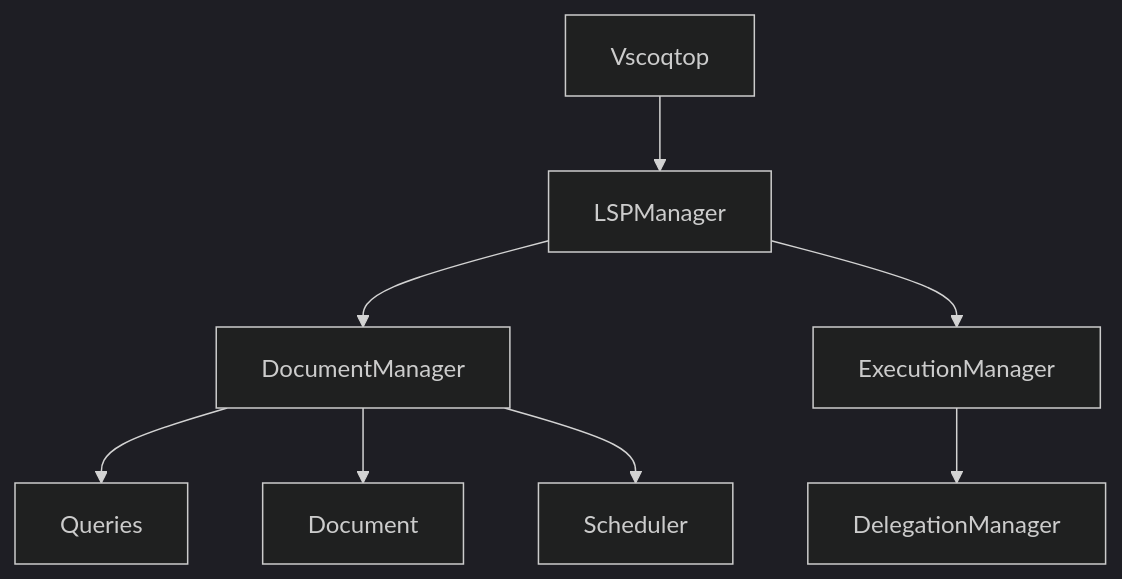
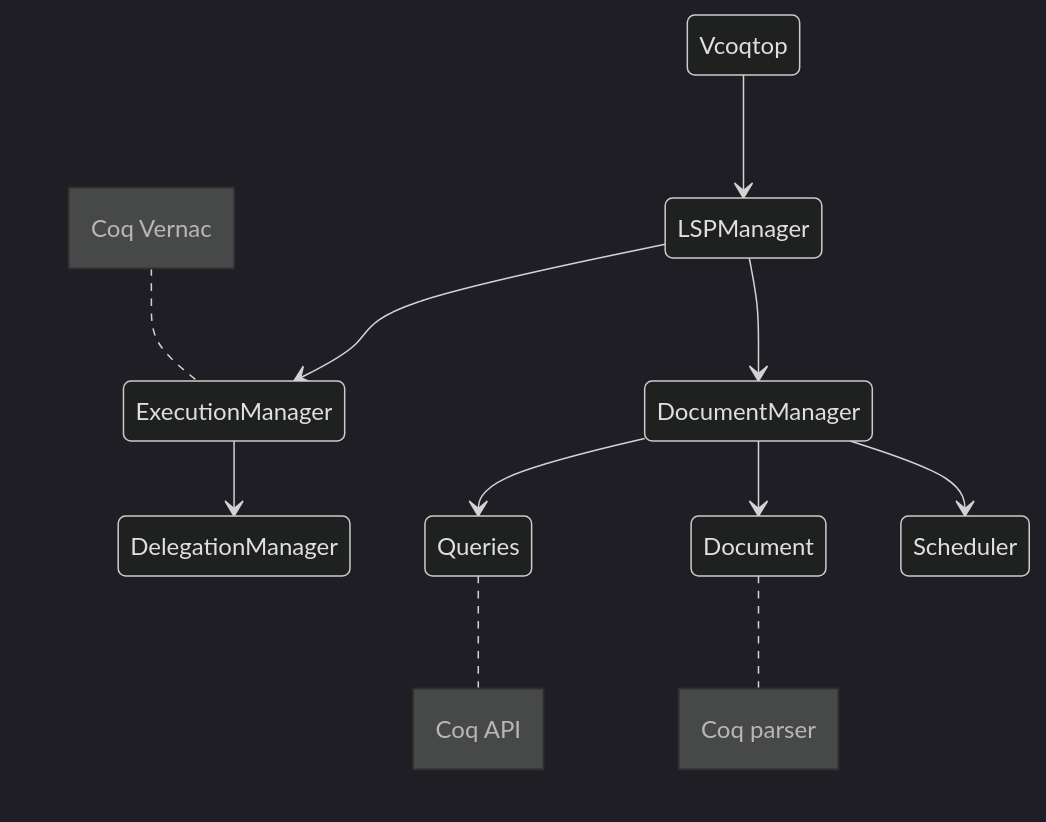
The diagram in docs/developers.md (coq/vscoq), drawn with Mermaid (dark theme) before and after one commit.

Commit message:
Added notes.

````diff
--- a/docs/developers.md
+++ b/docs/developers.md
@@ -12,10 +12,21 @@
 ```mermaid
-    flowchart TD
-    A[Vscoqtop] --> B[LSPManager] 
-    B --> C[DocumentManager]
-    B --> D[ExecutionManager]
-    D --> E[DelegationManager]
-    C --> F[Queries]
-    C --> G[Document]
-    C --> H[Scheduler]
+    stateDiagram-v2
+        A: Vcoqtop
+        B: LSPManager
+        C: DocumentManager
+        D: ExecutionManager
+        note left of D: Coq Vernac
+        E: DelegationManager
+        F: Queries
+        note right of F: Coq API
+        G: Document
+        note right of G: Coq parser
+        H: Scheduler
+        A --> B 
+        B --> C
+        B --> D
+        D --> E
+        C --> F
+        C --> G
+        C --> H
 ```
````
